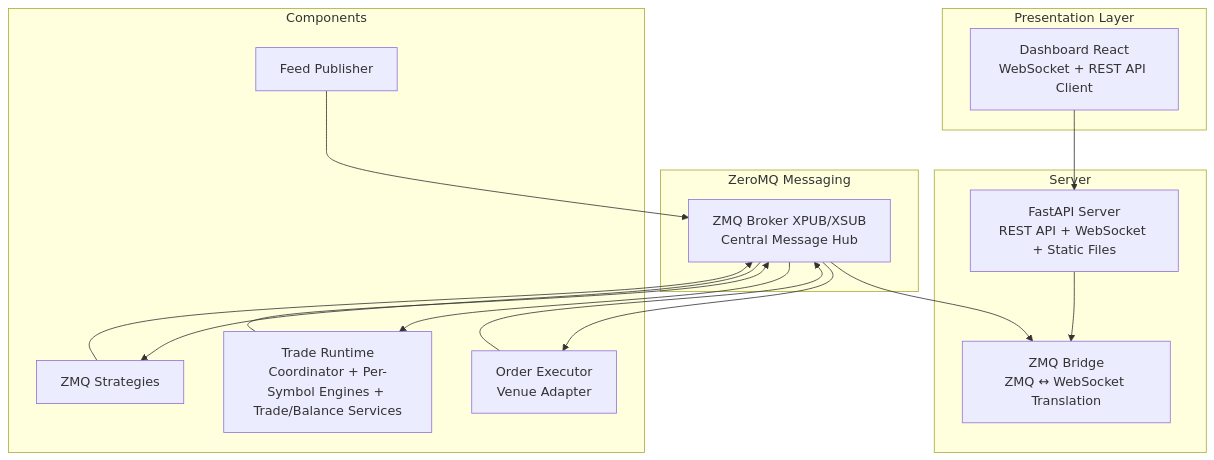
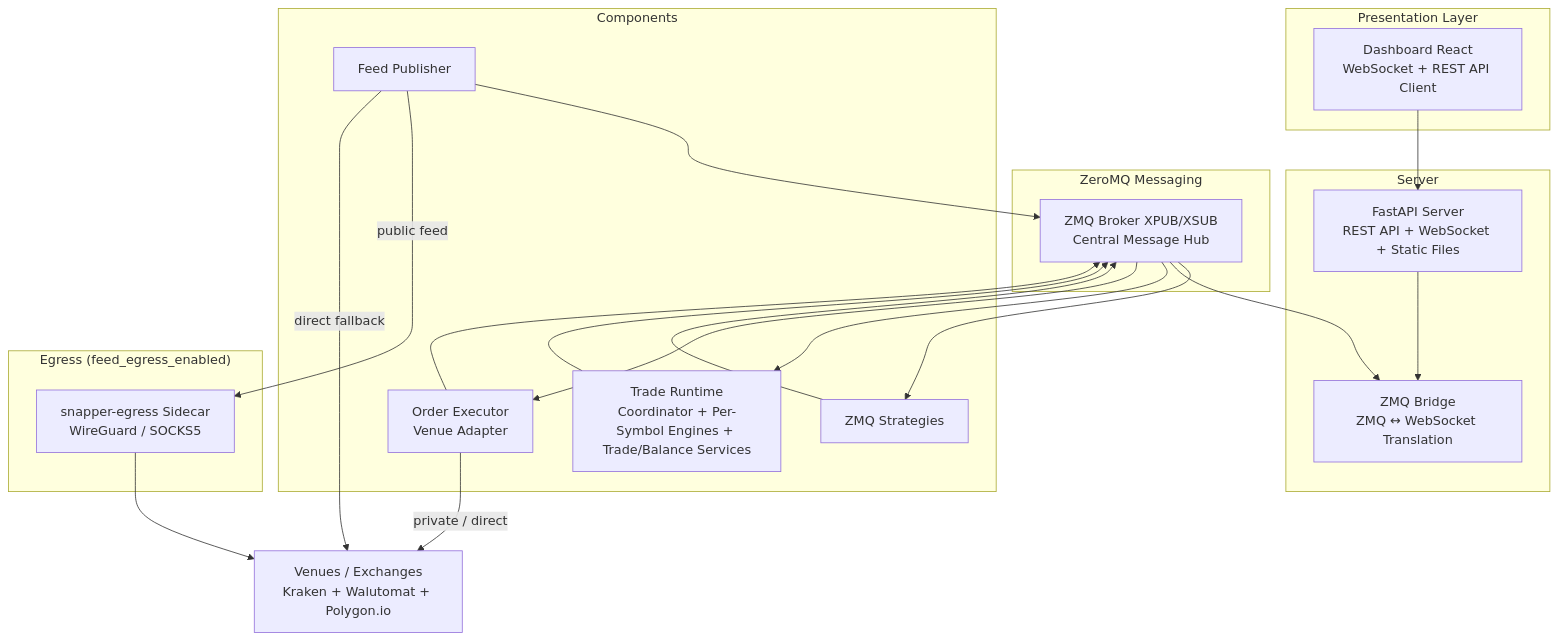
The diagram in README.md (mateusz-klatt/snapper), drawn with Mermaid before and after one commit. The commit also changed other lines of this file and 7 other files, not shown here.

````diff
--- a/README.md
+++ b/README.md
@@ -211,33 +219,43 @@
 ```mermaid
 flowchart TB
     subgraph Presentation["Presentation Layer"]
         Dashboard["Dashboard React<br/>WebSocket + REST API Client"]
     end
 
     subgraph Server["Server"]
         FastAPI["FastAPI Server<br/>REST API + WebSocket + Static Files"]
         Bridge["ZMQ Bridge<br/>ZMQ ↔ WebSocket Translation"]
     end
 
     subgraph Messaging["ZeroMQ Messaging"]
         Broker["ZMQ Broker XPUB/XSUB<br/>Central Message Hub"]
     end
 
     subgraph Components["Components"]
         Feed["Feed Publisher"]
         Strategies["ZMQ Strategies"]
         Runtime["Trade Runtime<br/>Coordinator + Per-Symbol Engines + Trade/Balance Services"]
         Executor["Order Executor<br/>Venue Adapter"]
     end
 
+    subgraph Egress["Egress (feed_egress_enabled)"]
+        EgressSidecar["snapper-egress Sidecar<br/>WireGuard / SOCKS5"]
+    end
+
+    Venues["Venues / Exchanges<br/>Kraken + Walutomat + Polygon.io"]
+
     Dashboard --> FastAPI
     FastAPI --> Bridge
     Feed --> Broker
+    Feed -- "public feed" --> EgressSidecar
+    EgressSidecar --> Venues
+    Feed -- "direct fallback" --> Venues
+    Executor -- "private / direct" --> Venues
     Strategies --> Broker
     Broker --> Strategies
     Runtime --> Broker
     Broker --> Bridge
     Broker --> Runtime
     Executor --> Broker
     Broker --> Executor
 ```
````
